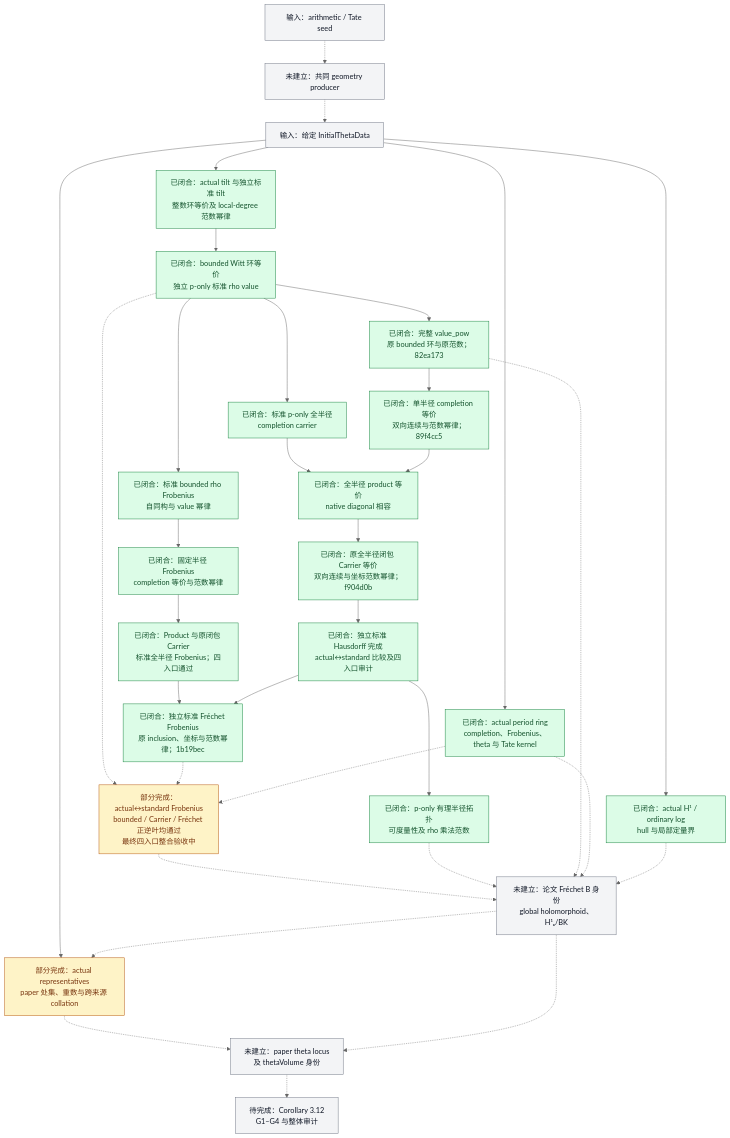
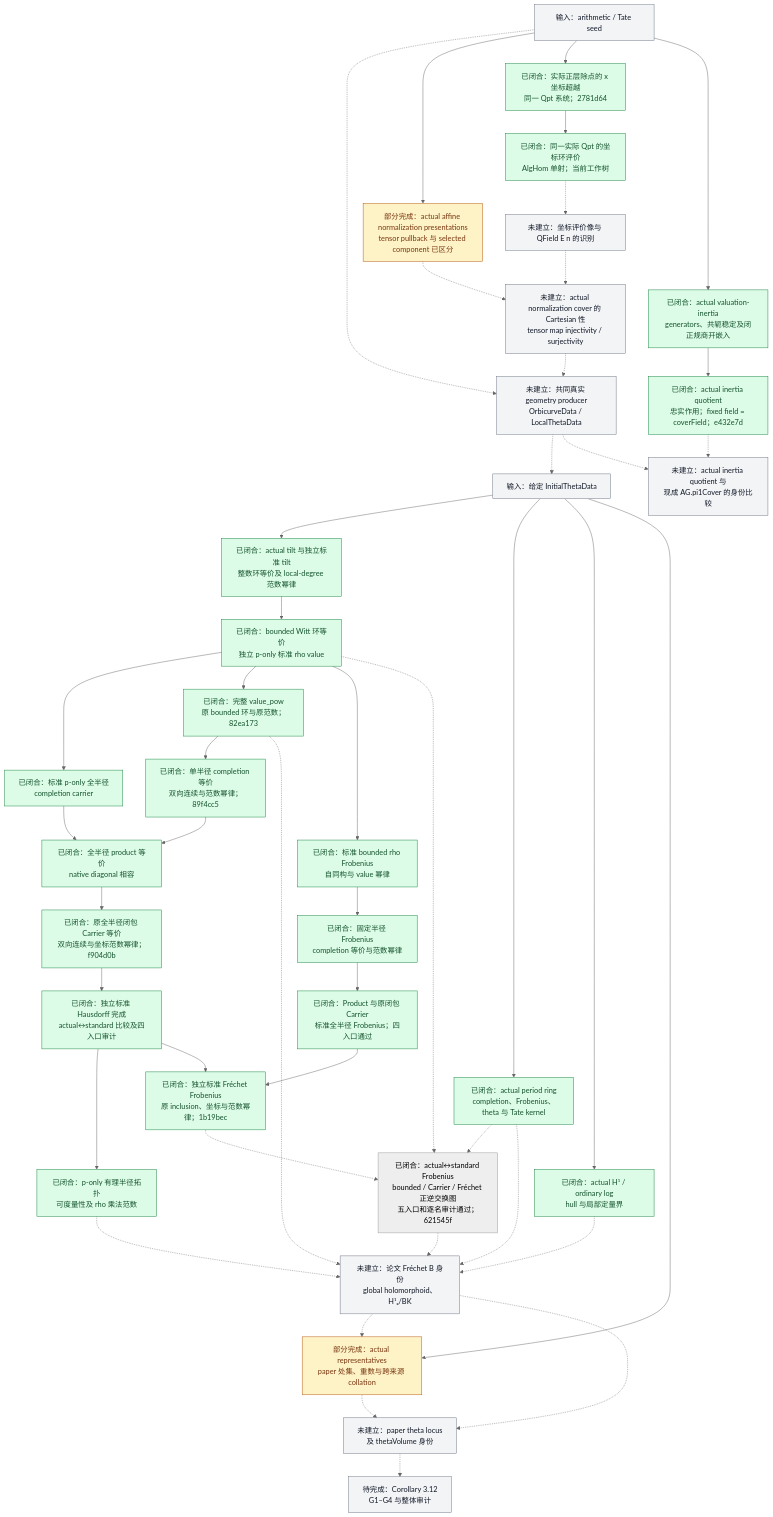
Before and after one commit to Ember-Institute/KirtiJoshi-abc: the diagram in docs/Scene1进度总览.md, drawn with Mermaid (neutral theme). The commit also changed other lines of this file and 6 other files, not shown here.

````diff
--- a/docs/Scene1进度总览.md
+++ b/docs/Scene1进度总览.md
@@ -71,7 +70,7 @@
 ```mermaid
 flowchart TD
     S["输入：arithmetic / Tate seed"]
-    P["未建立：共同 geometry producer"]
+    P["未建立：共同真实 geometry producer<br/>OrbicurveData / LocalThetaData"]
     D["输入：给定 InitialThetaData"]
     T["已闭合：actual tilt 与独立标准 tilt<br/>整数环等价及 local-degree 范数幂律"]
     E["已闭合：bounded Witt 环等价<br/>独立 p-only 标准 rho value"]
@@ -86,7 +85,15 @@
     F1["已闭合：固定半径 Frobenius<br/>completion 等价与范数幂律"]
     F2["已闭合：Product 与原闭包 Carrier<br/>标准全半径 Frobenius；四入口通过"]
     F3["已闭合：独立标准 Fréchet Frobenius<br/>原 inclusion、坐标与范数幂律；1b19bec"]
-    FC["部分完成：actual↔standard Frobenius<br/>bounded / Carrier / Fréchet 正逆叶均通过<br/>最终四入口整合验收中"]
+    FC["已闭合：actual↔standard Frobenius<br/>bounded / Carrier / Fréchet 正逆交换图<br/>五入口和逐名审计通过；621545f"]
+    AF["部分完成：actual affine normalization presentations<br/>tensor pullback 与 selected component 已区分"]
+    DX["已闭合：实际正层除点的 x 坐标超越<br/>同一 Qpt 系统；2781d64"]
+    EA["已闭合：同一实际 Qpt 的坐标环评价<br/>AlgHom 单射；当前工作树"]
+    EV["未建立：坐标评价像与 QField E n 的识别"]
+    IG["已闭合：actual valuation-inertia<br/>generators、共轭稳定及闭正规商开嵌入"]
+    IQ["已闭合：actual inertia quotient<br/>忠实作用；fixed field = coverField；e432e7d"]
+    CP["未建立：actual normalization cover 的 Cartesian 性<br/>tensor map injectivity / surjectivity"]
+    PI["未建立：actual inertia quotient 与<br/>现成 AG.pi1Cover 的身份比较"]
     F["已闭合：actual period ring<br/>completion、Frobenius、theta 与 Tate kernel"]
     H["已闭合：actual H¹ / ordinary log<br/>hull 与局部定量界"]
     B["未建立：论文 Fréchet B 身份<br/>global holomorphoid、H¹ₑ/BK"]
@@ -114,6 +121,17 @@
     E -.-> FC
     F3 -.-> FC
     F -.-> FC
+    S --> AF
+    S --> DX
+    DX --> EA
+    EA -.-> EV
+    EV -.-> CP
+    S --> IG
+    IG --> IQ
+    AF -.-> CP
+    CP -.-> P
+    IQ -.-> PI
+    P -.-> PI
     FC -.-> B
     M -.-> B
     D --> F
@@ -130,7 +148,7 @@
     classDef done fill:#dcfce7,stroke:#15803d,color:#14532d;
     classDef partial fill:#fef3c7,stroke:#b45309,color:#78350f;
     classDef open fill:#f3f4f6,stroke:#6b7280,color:#111827;
-    class T,E,W,V,Q,U,A,C0,M,F0,F1,F2,F3,F,H done;
-    class R,FC partial;
-    class S,D,P,B,L,C open;
+    class T,E,W,V,Q,U,A,C0,M,F0,F1,F2,F3,F,H,DX,EA,IG,IQ done;
+    class R,AF partial;
+    class S,D,P,B,L,C,CP,PI,EV open;
 ```
````
